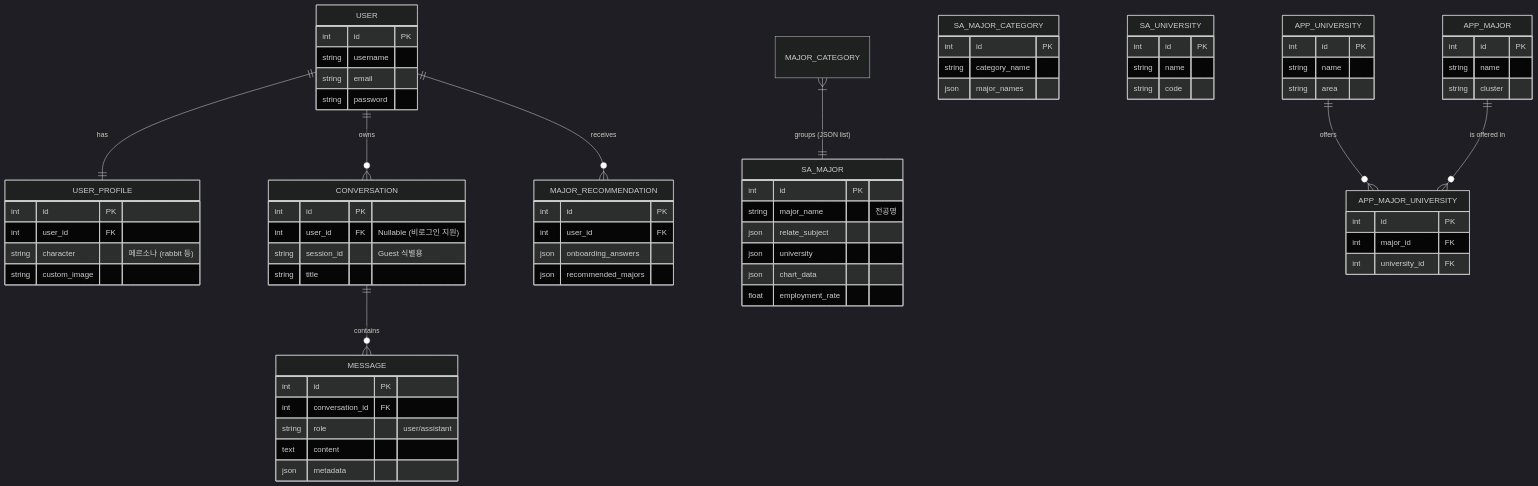
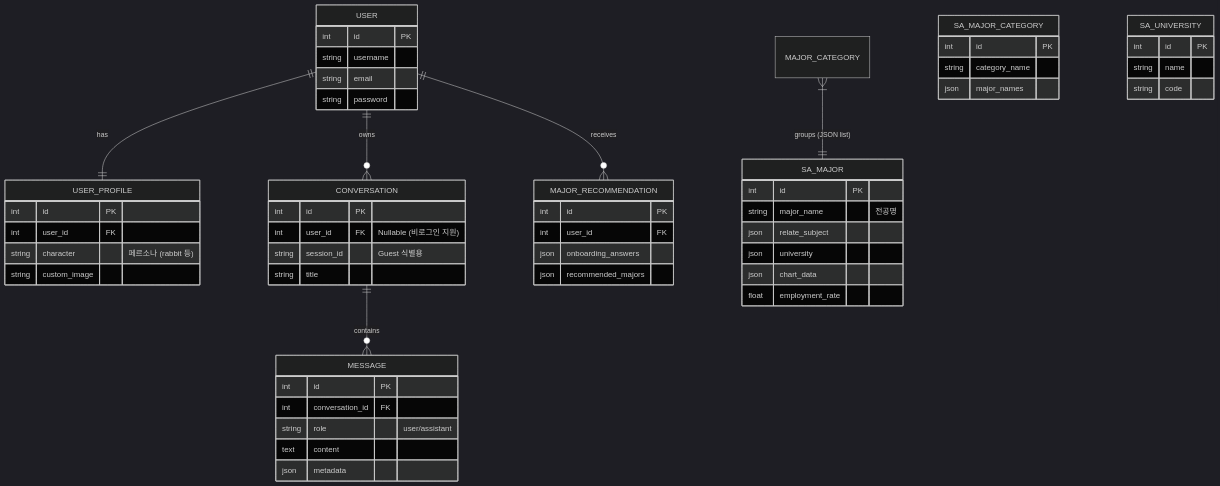
The diagram in docs/1216_project_review.md (SKN19-3rd-1team/Unigo), drawn with Mermaid (dark theme) before and after one commit. The commit also changed 2 other files, not shown here.

Commit message:
docs : README Update

````diff
--- a/docs/1216_project_review.md
+++ b/docs/1216_project_review.md
@@ -160,29 +160,4 @@
         string name
         string code
     }
-
-    %% ==========================================
-    %% 3. App Data Cluster (Django Models)
-    %% ** backend/db와 별개로 존재하는 테이블들 **
-    %% ==========================================
-    APP_UNIVERSITY ||--o{ APP_MAJOR_UNIVERSITY : "offers"
-    APP_MAJOR ||--o{ APP_MAJOR_UNIVERSITY : "is offered in"
-
-    APP_MAJOR {
-        int id PK
-        string name
-        string cluster
-    }
-
-    APP_UNIVERSITY {
-        int id PK
-        string name
-        string area
-    }
-
-    APP_MAJOR_UNIVERSITY {
-        int id PK
-        int major_id FK
-        int university_id FK
-    }
 ```
````
